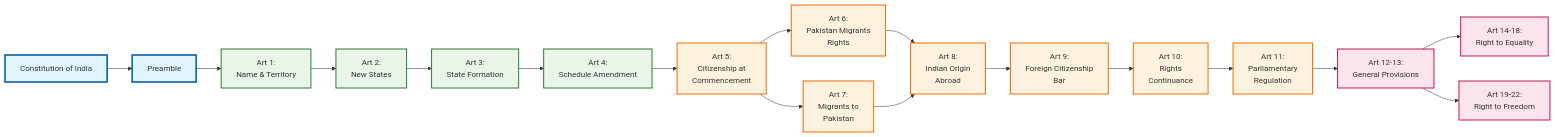
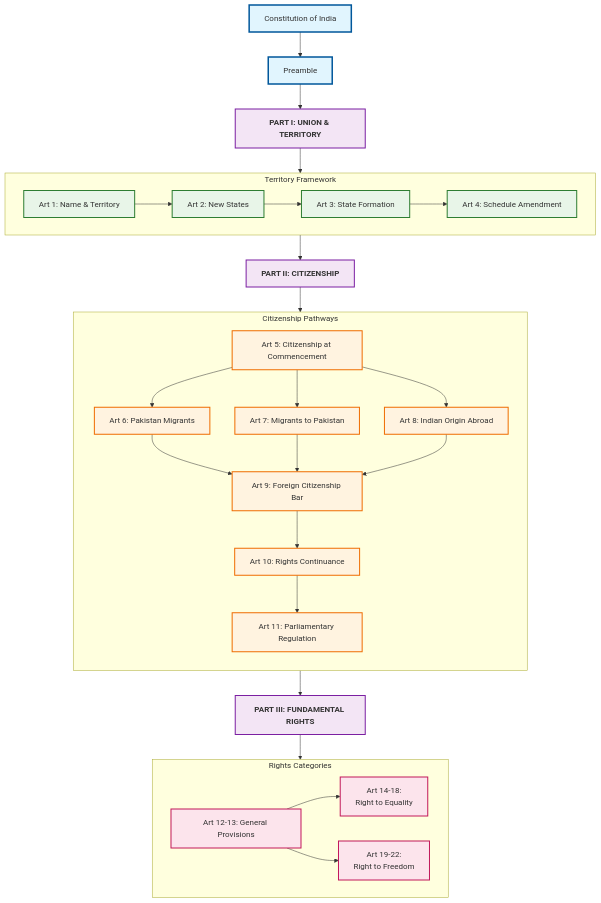
Before and after one commit to before-i-go/law-diagrams: the diagram in Mermaid01/M01_constitutional_structure.md, drawn with Mermaid.

Commit message:
progress at 20250922185737

````diff
--- a/Mermaid01/M01_constitutional_structure.md
+++ b/Mermaid01/M01_constitutional_structure.md
@@ -9,40 +9,54 @@
 ```mermaid
-graph LR
-    %% Foundation Layer
-    A[Constitution of India] --> B[Preamble]
+graph TD
+    %% Foundation - Vertical Start
+    A[Constitution of India]
+    A --> B[Preamble]
     
-    %% Part I: Territory & Union - Horizontal Flow
-    B --> C1[Art 1:<br/>Name & Territory]
-    C1 --> C2[Art 2:<br/>New States]
-    C2 --> C3[Art 3:<br/>State Formation]
-    C3 --> C4[Art 4:<br/>Schedule Amendment]
+    %% Part I: Territory - Compact Horizontal Section
+    B --> T[PART I: UNION & TERRITORY]
+    T --> C1[Art 1: Name & Territory]
     
-    %% Part II: Citizenship - Branching Flow
-    C4 --> D1[Art 5:<br/>Citizenship at<br/>Commencement]
+    subgraph territory ["Territory Framework"]
+        direction LR
+        C1 --> C2[Art 2: New States] --> C3[Art 3: State Formation] --> C4[Art 4: Schedule Amendment]
+    end
     
-    D1 --> D2[Art 6:<br/>Pakistan Migrants<br/>Rights]
-    D1 --> D3[Art 7:<br/>Migrants to<br/>Pakistan]
+    %% Part II: Citizenship - Branching Section
+    C4 --> CT[PART II: CITIZENSHIP]
+    CT --> D1[Art 5: Citizenship at Commencement]
     
-    D2 --> D4[Art 8:<br/>Indian Origin<br/>Abroad]
-    D3 --> D4
+    subgraph citizenship ["Citizenship Pathways"]
+        direction TB
+        D1 --> D2[Art 6: Pakistan Migrants]
+        D1 --> D3[Art 7: Migrants to Pakistan]
+        D1 --> D4[Art 8: Indian Origin Abroad]
+        D2 --> D5[Art 9: Foreign Citizenship Bar]
+        D3 --> D5
+        D4 --> D5
+        D5 --> D6[Art 10: Rights Continuance]
+        D6 --> D7[Art 11: Parliamentary Regulation]
+    end
     
-    D4 --> D5[Art 9:<br/>Foreign Citizenship<br/>Bar]
-    D5 --> D6[Art 10:<br/>Rights<br/>Continuance]
-    D6 --> D7[Art 11:<br/>Parliamentary<br/>Regulation]
+    %% Part III: Rights - Expanding Section
+    D7 --> RT[PART III: FUNDAMENTAL RIGHTS]
+    RT --> E1[Art 12-13: General Provisions]
     
-    %% Part III: Rights - Vertical Expansion
-    D7 --> E1[Art 12-13:<br/>General Provisions]
-    E1 --> E2[Art 14-18:<br/>Right to Equality]
-    E1 --> E3[Art 19-22:<br/>Right to Freedom]
+    subgraph rights ["Rights Categories"]
+        direction LR
+        E1 --> E2[Art 14-18:<br/>Right to Equality]
+        E1 --> E3[Art 19-22:<br/>Right to Freedom]
+    end
     
-    %% Styling for saga map feel
+    %% Mobile-friendly styling
     classDef foundation fill:#e1f5fe,stroke:#01579b,stroke-width:3px
+    classDef partHeader fill:#f3e5f5,stroke:#7b1fa2,stroke-width:2px,font-weight:bold
     classDef territory fill:#e8f5e8,stroke:#2e7d32,stroke-width:2px
     classDef citizenship fill:#fff3e0,stroke:#ef6c00,stroke-width:2px
     classDef rights fill:#fce4ec,stroke:#c2185b,stroke-width:2px
     
     class A,B foundation
+    class T,CT,RT partHeader
     class C1,C2,C3,C4 territory
     class D1,D2,D3,D4,D5,D6,D7 citizenship
     class E1,E2,E3 rights
 ```
````
